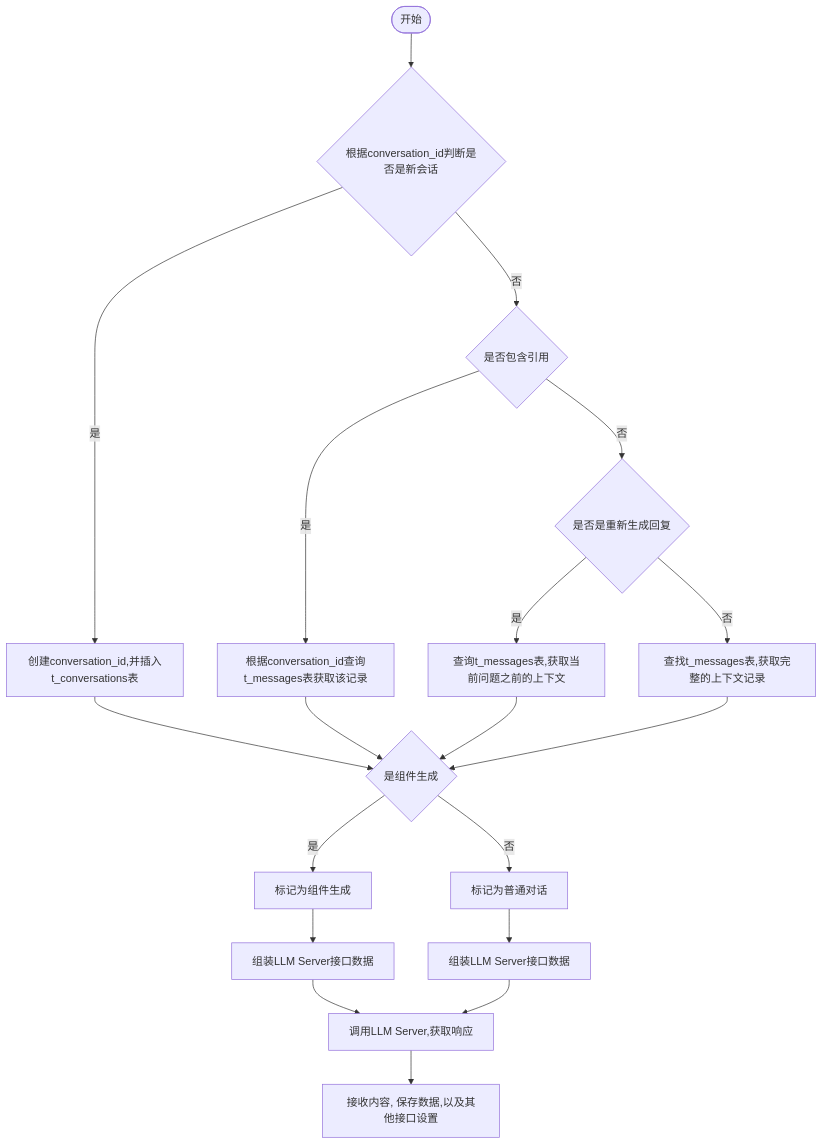
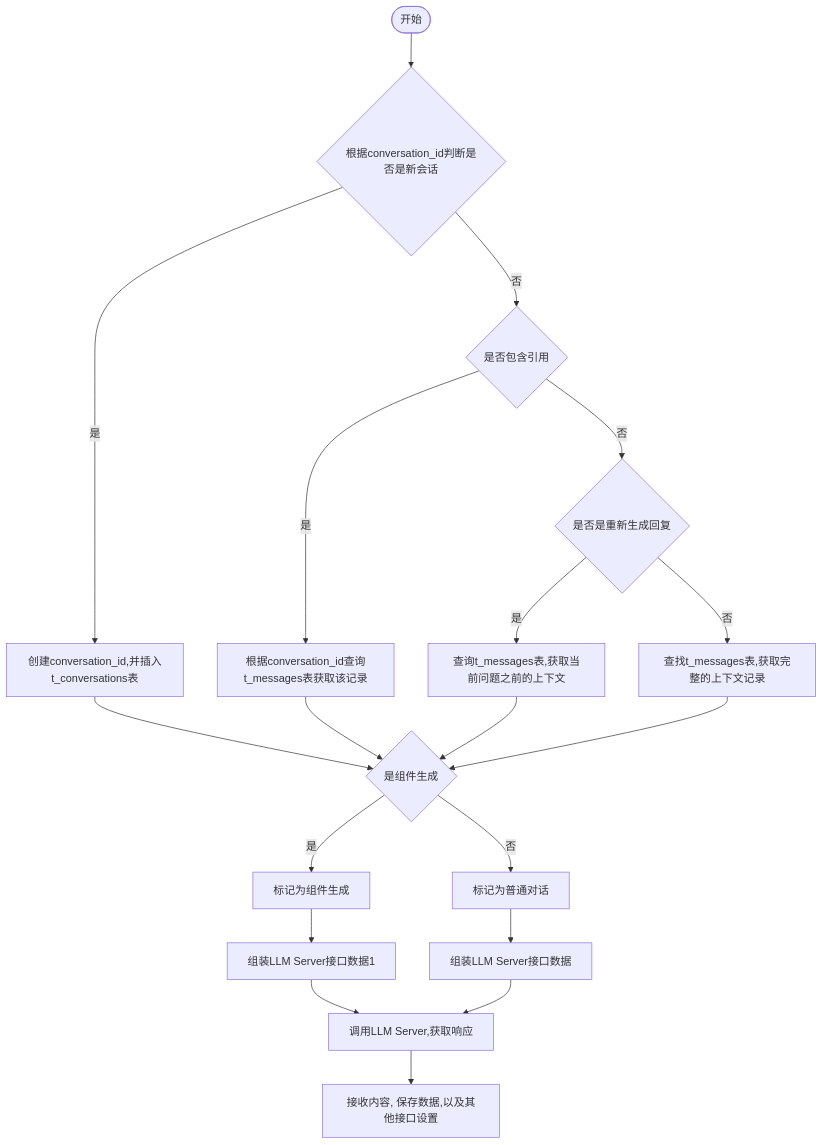
One commit to yingjianzh/iodraw-files changed the diagram in all/未命名-7.md. Above: the diagram before and after it, drawn with Mermaid.

Commit message:
2024-10-12 14:30:16 update

````diff
--- a/all/未命名-7.md
+++ b/all/未命名-7.md
@@ -1,20 +1,20 @@
 ```mermaid
 flowchart TD
     A([开始]) --> B{根据conversation_id判断是否是新会话}
     B -- 是 --> C[创建conversation_id,并插入t_conversations表]
     B -- 否 --> D{是否包含引用}
     D -- 是 --> E[根据conversation_id查询t_messages表获取该记录]
     D -- 否 --> F{是否是重新生成回复}
     F -- 是 --> G[查询t_messages表,获取当前问题之前的上下文]
     F -- 否 --> H[查找t_messages表,获取完整的上下文记录]
      
     C & E & G & H --> I{是组件生成}
-    
+    I -- 是 --> J[标记为组件生成]
     I -- 否 --> K[标记为普通对话]
-     I -- 是 --> J[标记为组件生成]
-    J --> L[组装LLM Server接口数据]    
+
+    J --> L[组装LLM Server接口数据1]    
     K --> M[组装LLM Server接口数据]    
     L & M --> N[调用LLM Server,获取响应]    
     N --> O[接收内容, 保存数据,以及其他接口设置]
 
 ```
````
